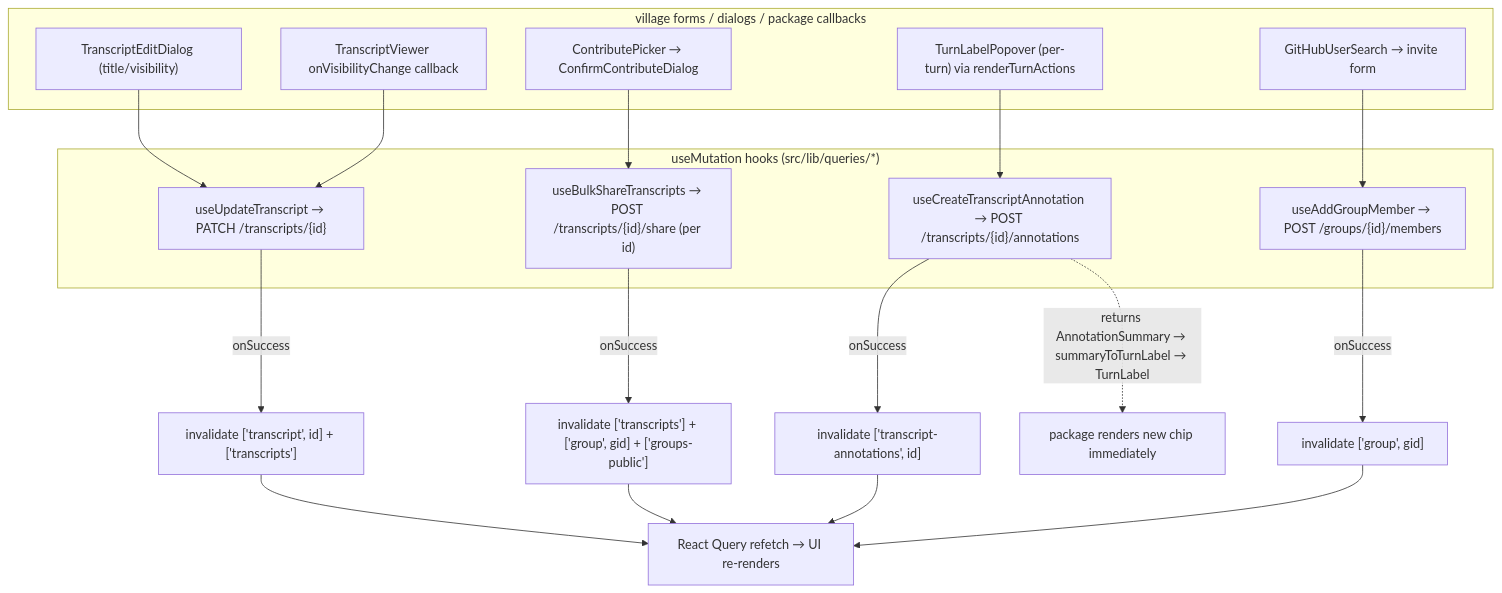
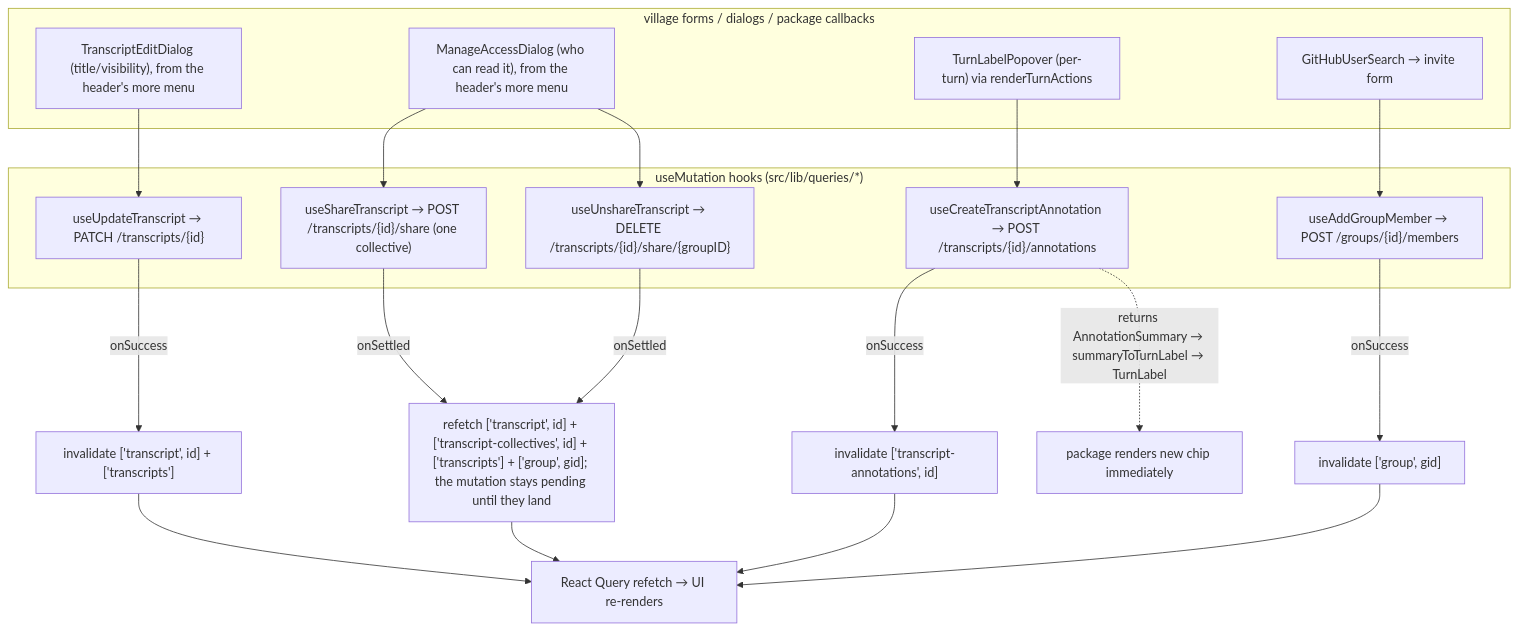
The second of 3 diagrams in frontend/docs/data-binding.md (peasant-labs/village), drawn with Mermaid before and after one commit. The commit also changed other lines of this file and 23 other files, not shown here.

````diff
--- a/frontend/docs/data-binding.md
+++ b/frontend/docs/data-binding.md
@@ -113,31 +113,32 @@
 ```mermaid
 flowchart TD
   subgraph forms["village forms / dialogs / package callbacks"]
-    edit["TranscriptEditDialog (title/visibility)"]
-    vis["TranscriptViewer onVisibilityChange callback"]
-    contrib["ContributePicker → ConfirmContributeDialog"]
+    edit["TranscriptEditDialog (title/visibility), from the header's more menu"]
+    access["ManageAccessDialog (who can read it), from the header's more menu"]
     label["TurnLabelPopover (per-turn) via renderTurnActions"]
     invite["GitHubUserSearch → invite form"]
   end
 
   subgraph muts["useMutation hooks (src/lib/queries/*)"]
     up["useUpdateTranscript → PATCH /transcripts/{id}"]
-    bulk["useBulkShareTranscripts → POST /transcripts/{id}/share (per id)"]
+    share["useShareTranscript → POST /transcripts/{id}/share (one collective)"]
+    unshare["useUnshareTranscript → DELETE /transcripts/{id}/share/{groupID}"]
     ann["useCreateTranscriptAnnotation → POST /transcripts/{id}/annotations"]
     add["useAddGroupMember → POST /groups/{id}/members"]
   end
 
   edit --> up
-  vis --> up
-  contrib --> bulk
+  access --> share
+  access --> unshare
   label --> ann
   invite --> add
 
   up -- onSuccess --> inv1["invalidate ['transcript', id] + ['transcripts']"]
-  bulk -- onSuccess --> inv2["invalidate ['transcripts'] + ['group', gid] + ['groups-public']"]
+  share -- onSettled --> inv2["refetch ['transcript', id] + ['transcript-collectives', id] + ['transcripts'] + ['group', gid]; the mutation stays pending until they land"]
+  unshare -- onSettled --> inv2
   ann -- onSuccess --> inv3["invalidate ['transcript-annotations', id]"]
   ann -. "returns AnnotationSummary → summaryToTurnLabel → TurnLabel" .-> chip["package renders new chip immediately"]
   add -- onSuccess --> inv4["invalidate ['group', gid]"]
 
   inv1 & inv2 & inv3 & inv4 --> refetch["React Query refetch → UI re-renders"]
 ```
````
